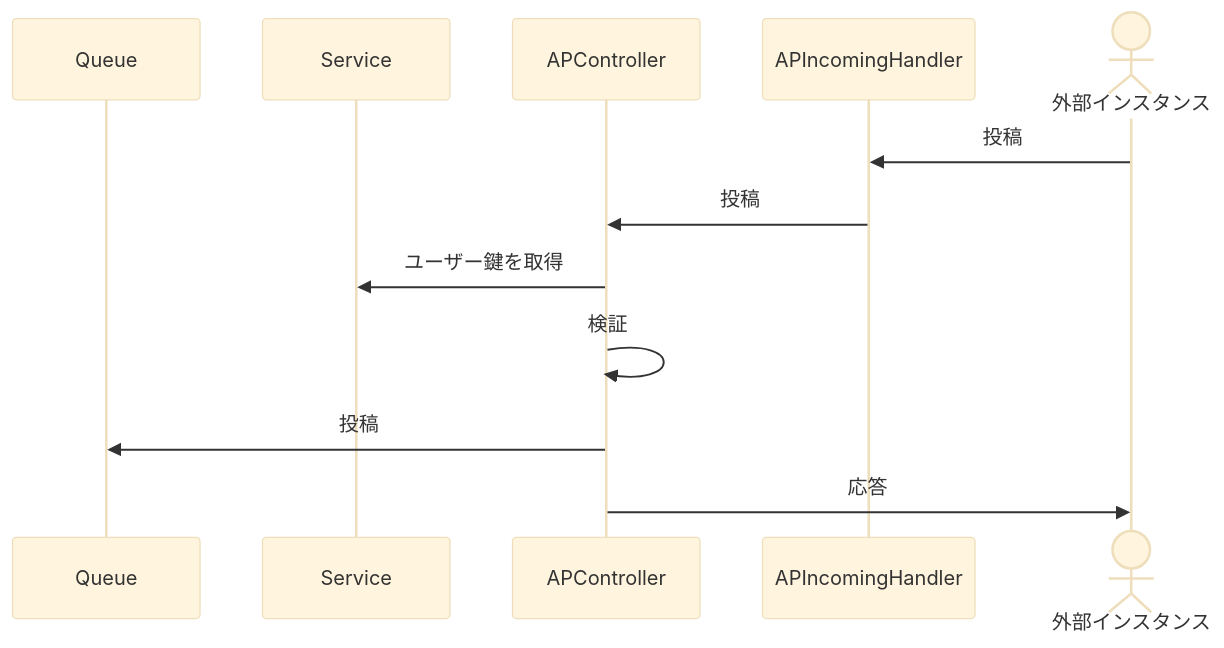
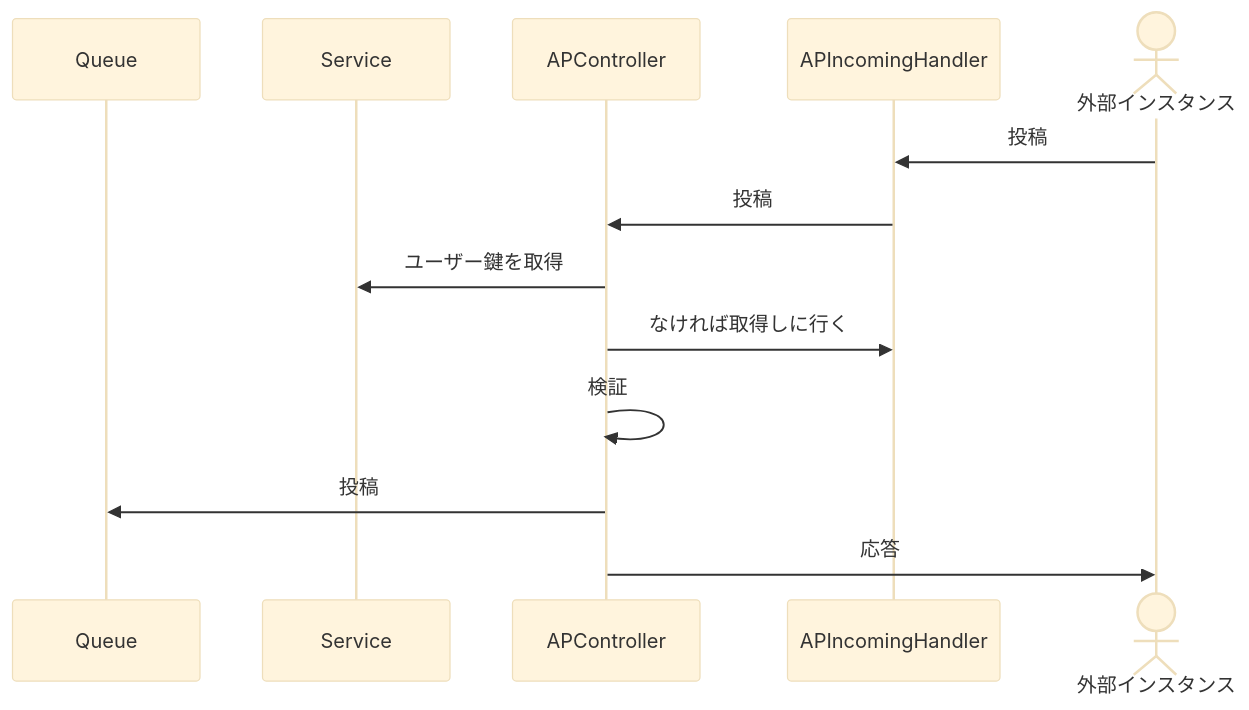
The first of 2 diagrams in structure.md (laminne/qip), drawn with Mermaid (base theme) before and after one commit. The commit also changed other lines of this file and 3 other files, not shown here.

````diff
--- a/structure.md
+++ b/structure.md
@@ -1,19 +1,20 @@
 ```mermaid
 sequenceDiagram
     participant Queue
     participant Service
     participant APController
     participant APIncomingHandler
     actor 外部インスタンス
     
     外部インスタンス ->> APIncomingHandler: 投稿
     APIncomingHandler ->> APController: 投稿
     APController ->> Service: ユーザー鍵を取得
+    APController ->> APIncomingHandler: なければ取得しに行く
     APController ->> APController: 検証
     APController ->> Queue: 投稿
     APController ->> 外部インスタンス: 応答
 
     
 
     
 ```
````
